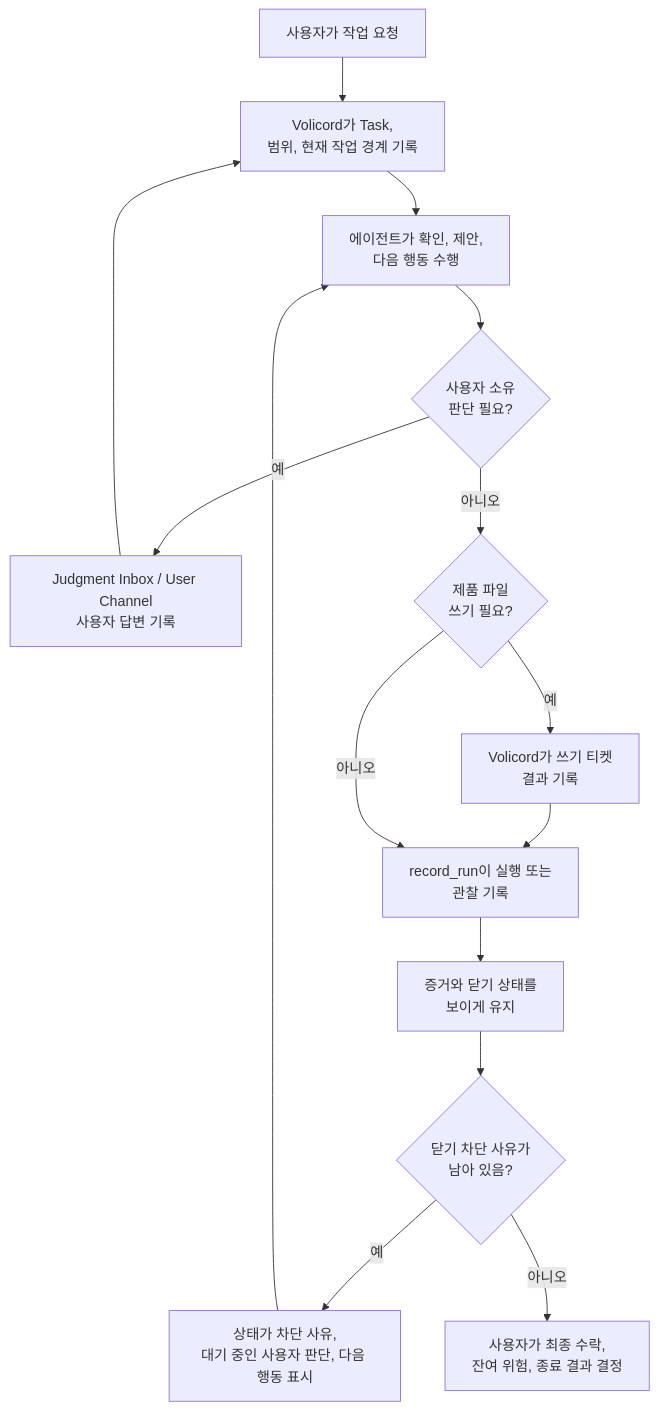
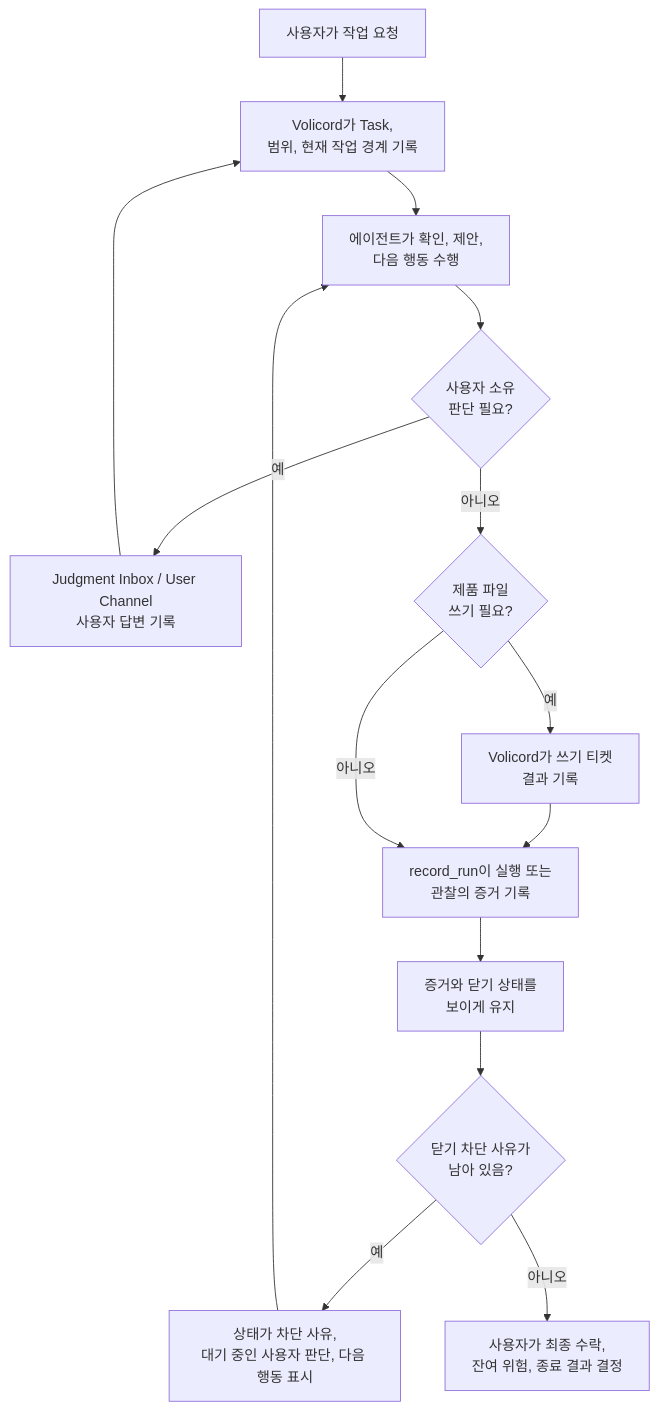
The second of 2 diagrams in README.ko.md (minjungw00/Volicord), drawn with Mermaid before and after one commit. The commit also changed other lines of this file and 12 other files, not shown here.

````diff
--- a/README.ko.md
+++ b/README.ko.md
@@ -86,24 +86,24 @@
 ```mermaid
 flowchart TD
   request["사용자가 작업 요청"]
   task["Volicord가 Task,<br/>범위, 현재 작업 경계 기록"]
   agent["에이전트가 확인, 제안,<br/>다음 행동 수행"]
   judgment{"사용자 소유<br/>판단 필요?"}
   inbox["Judgment Inbox / User Channel<br/>사용자 답변 기록"]
   write{"제품 파일<br/>쓰기 필요?"}
   ticket["Volicord가 쓰기 티켓<br/>결과 기록"]
-  run["record_run이 실행 또는<br/>관찰 기록"]
+  run["record_run이 실행 또는<br/>관찰의 증거 기록"]
   evidence["증거와 닫기 상태를<br/>보이게 유지"]
   close{"닫기 차단 사유가<br/>남아 있음?"}
   status["상태가 차단 사유,<br/>대기 중인 사용자 판단, 다음 행동 표시"]
   finish["사용자가 최종 수락,<br/>잔여 위험, 종료 결과 결정"]
 
   request --> task --> agent --> judgment
   judgment -- 예 --> inbox --> task
   judgment -- 아니오 --> write
   write -- 예 --> ticket --> run
   write -- 아니오 --> run
   run --> evidence --> close
   close -- 예 --> status --> agent
   close -- 아니오 --> finish
 ```
````
